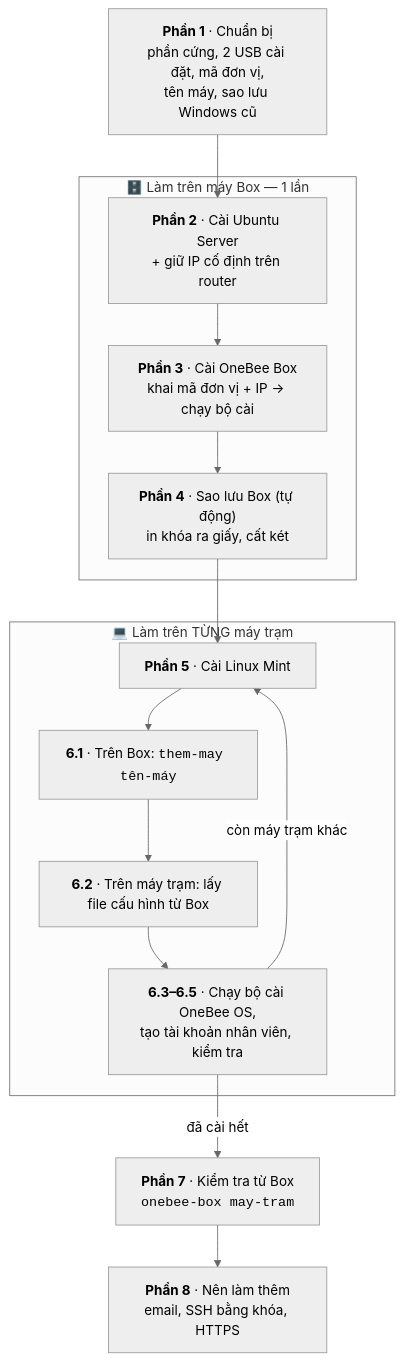
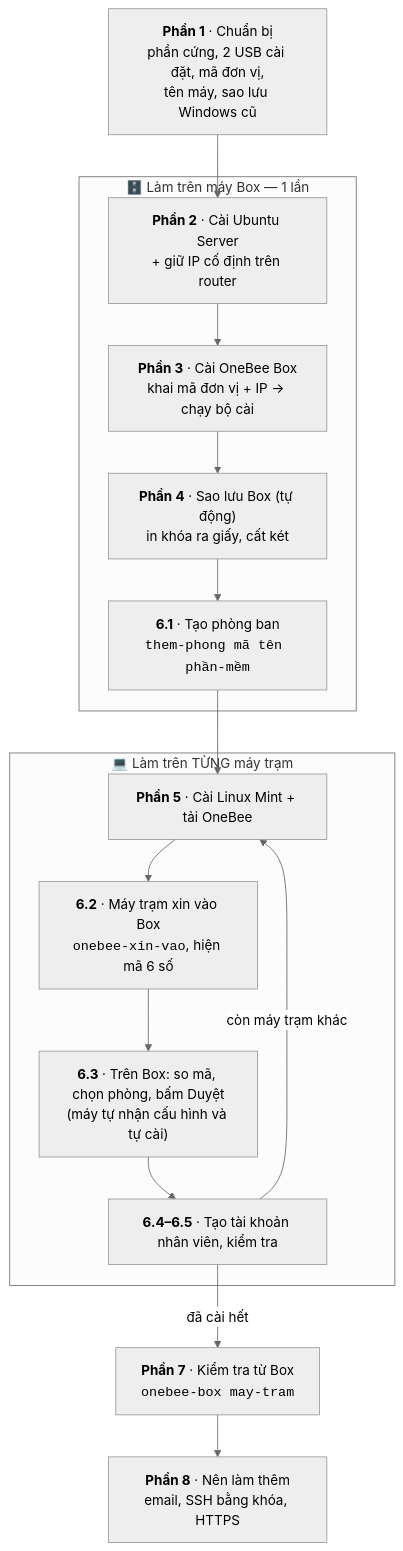
The second of 4 diagrams in docs/huong-dan/huong-dan-cai-dat-tu-a-den-z.md (mthien07/da3-he-dieu-hanh-va-tu-dong-hoa-open-source), drawn with Mermaid (neutral theme) before and after one commit. The commit also changed other lines of this file and 2 other files, not shown here.

First line of the commit message:
docs: hướng dẫn cài và README dùng cách máy trạm xin vào Box, tạo phòng ban

````diff
--- a/docs/huong-dan/huong-dan-cai-dat-tu-a-den-z.md
+++ b/docs/huong-dan/huong-dan-cai-dat-tu-a-den-z.md
@@ -56,21 +56,22 @@
 ```mermaid
 flowchart TD
     P1["<b>Phần 1</b> · Chuẩn bị<br/>phần cứng, 2 USB cài đặt, mã đơn vị,<br/>tên máy, sao lưu Windows cũ"]
     subgraph B["🗄️ Làm trên máy Box — 1 lần"]
         P2["<b>Phần 2</b> · Cài Ubuntu Server<br/>+ giữ IP cố định trên router"]
         P3["<b>Phần 3</b> · Cài OneBee Box<br/>khai mã đơn vị + IP → chạy bộ cài"]
         P4["<b>Phần 4</b> · Sao lưu Box (tự động)<br/>in khóa ra giấy, cất két"]
+        P6p["<b>6.1</b> · Tạo phòng ban<br/><code>them-phong mã tên phần-mềm</code>"]
     end
     subgraph T["💻 Làm trên TỪNG máy trạm"]
-        P5["<b>Phần 5</b> · Cài Linux Mint"]
-        P6a["<b>6.1</b> · Trên Box: <code>them-may tên-máy</code>"]
-        P6b["<b>6.2</b> · Trên máy trạm: lấy file cấu hình từ Box"]
-        P6c["<b>6.3–6.5</b> · Chạy bộ cài OneBee OS,<br/>tạo tài khoản nhân viên, kiểm tra"]
+        P5["<b>Phần 5</b> · Cài Linux Mint + tải OneBee"]
+        P6a["<b>6.2</b> · Máy trạm xin vào Box<br/><code>onebee-xin-vao</code>, hiện mã 6 số"]
+        P6b["<b>6.3</b> · Trên Box: so mã, chọn phòng, bấm Duyệt<br/>(máy tự nhận cấu hình và tự cài)"]
+        P6c["<b>6.4–6.5</b> · Tạo tài khoản nhân viên, kiểm tra"]
     end
     P7["<b>Phần 7</b> · Kiểm tra từ Box<br/><code>onebee-box may-tram</code>"]
     P8["<b>Phần 8</b> · Nên làm thêm<br/>email, SSH bằng khóa, HTTPS"]
 
-    P1 --> P2 --> P3 --> P4 --> P5 --> P6a --> P6b --> P6c
+    P1 --> P2 --> P3 --> P4 --> P6p --> P5 --> P6a --> P6b --> P6c
     P6c -- "còn máy trạm khác" --> P5
     P6c -- "đã cài hết" --> P7 --> P8
 ```
````
